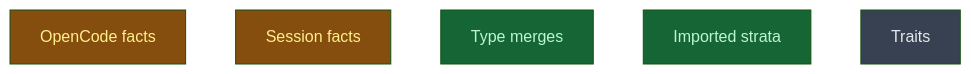
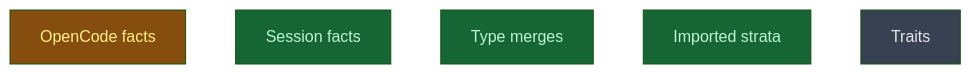
Before and after one commit to CrackingShells/Candler: the diagram in __roadmap__/m4-session-runner/README.md, drawn with Mermaid (forest theme). The commit also changed other lines of this file and 2 other files, not shown here.

Commit message:
rdm(runner): fold the session facts into the l1 and l3 leaves
session_facts settled D2 on the Stop payload and found that a turn cap
ends a turn, not the session. driver_traits reads pending work from
background_tasks_changed when no Stop line comes, and session_runner
counts turns across the session for the cell's turn limit.

````diff
--- a/__roadmap__/m4-session-runner/README.md
+++ b/__roadmap__/m4-session-runner/README.md
@@ -108,13 +108,13 @@
 ```mermaid
 graph TD
     opencode_facts[OpenCode facts]:::inprogress
-    session_facts[Session facts]:::inprogress
+    session_facts[Session facts]:::done
     type_merges[Type merges]:::done
     imported_strata[Imported strata]:::done
     traits[Traits]:::planned
     classDef done       fill:#166534,color:#bbf7d0
     classDef inprogress fill:#854d0e,color:#fef08a
     classDef planned    fill:#374151,color:#e5e7eb
     classDef amendment  fill:#1e3a5f,color:#bfdbfe
     classDef blocked    fill:#7f1d1d,color:#fecaca
 ```
````
